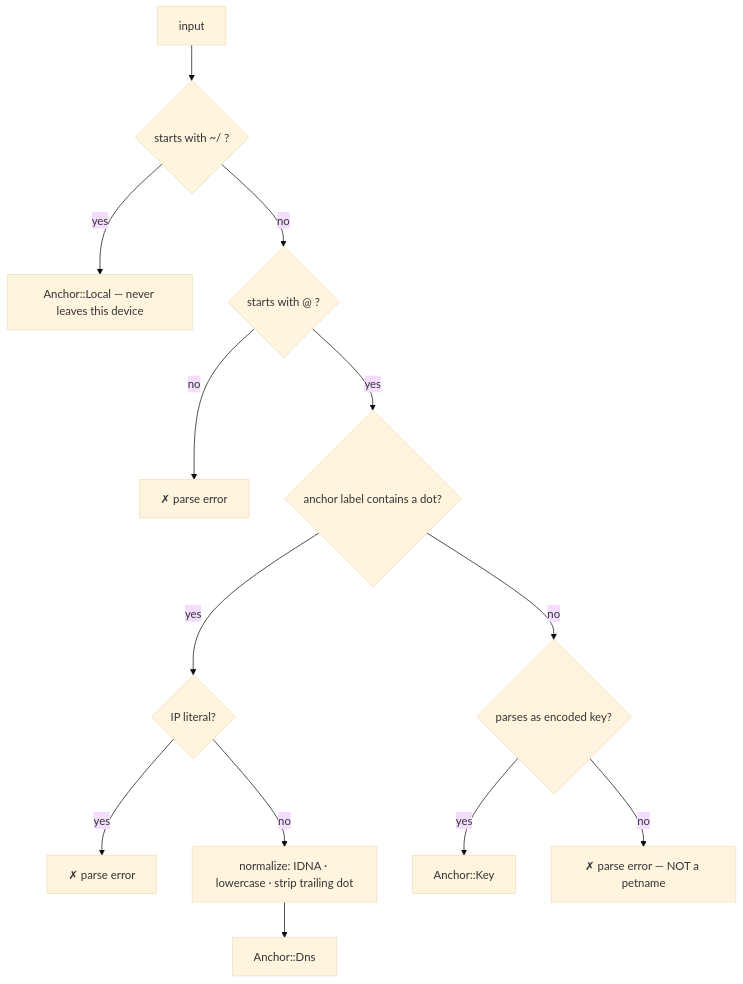
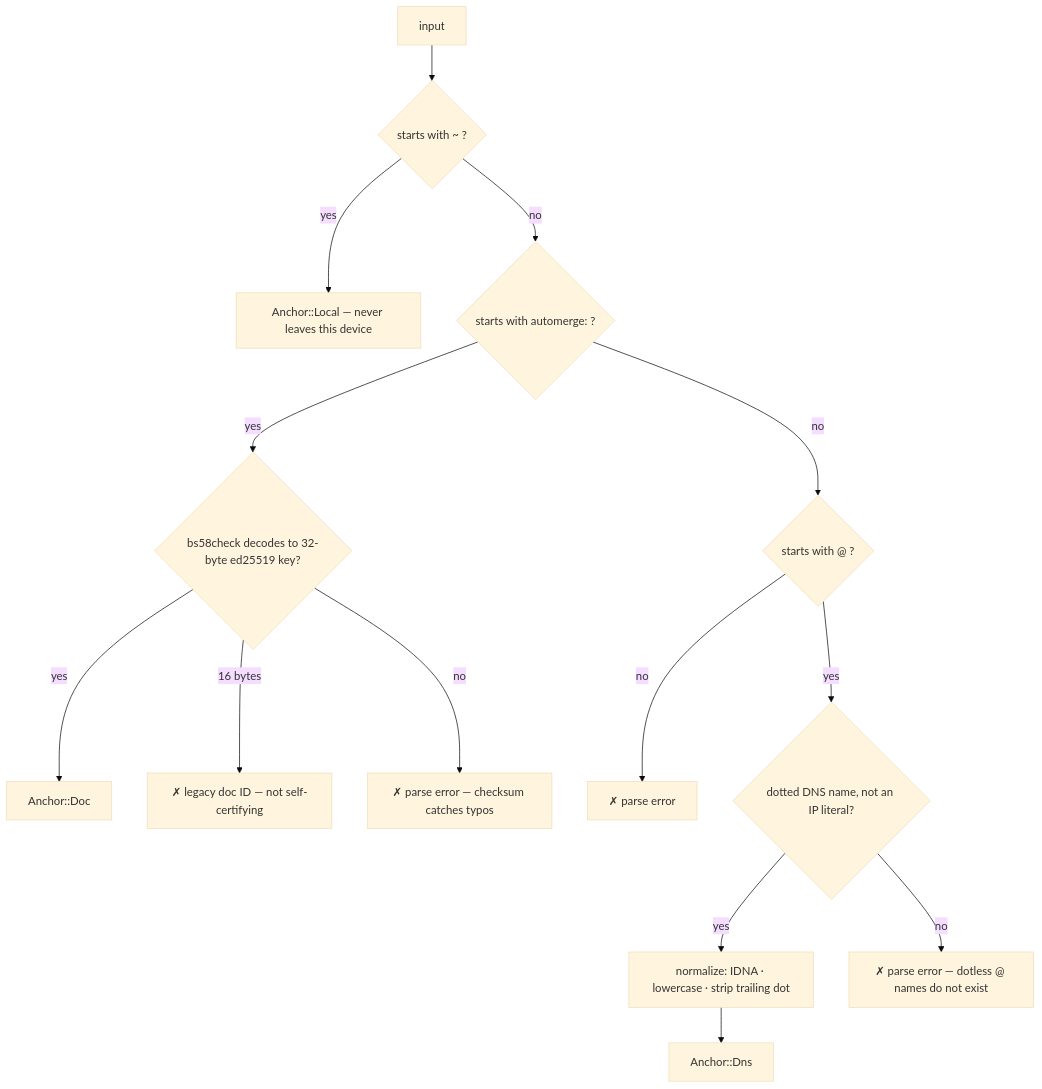
The diagram in design/names.md (inkandswitch/onomancy), drawn with Mermaid (base theme) before and after one commit. The commit also changed other lines of this file and 42 other files, not shown here.

````diff
--- a/design/names.md
+++ b/design/names.md
@@ -28,15 +36,16 @@
 ```mermaid
 flowchart TD
-    A[input] --> B{starts with ~/ ?}
+    A[input] --> B{starts with ~ ?}
     B -->|yes| C[Anchor::Local — never leaves this device]
-    B -->|no| D{starts with @ ?}
-    D -->|no| X1[✗ parse error]
-    D -->|yes| E{anchor label contains a dot?}
-    E -->|yes| F{IP literal?}
-    F -->|yes| X2[✗ parse error]
-    F -->|no| G[normalize: IDNA · lowercase · strip trailing dot]
-    G --> H[Anchor::Dns]
-    E -->|no| I{parses as encoded key?}
-    I -->|yes| J[Anchor::Key]
-    I -->|no| X3[✗ parse error — NOT a petname]
+    B -->|no| D{starts with automerge: ?}
+    D -->|yes| E{bs58check decodes to 32-byte ed25519 key?}
+    E -->|yes| F[Anchor::Doc]
+    E -->|16 bytes| X0[✗ legacy doc ID — not self-certifying]
+    E -->|no| X1[✗ parse error — checksum catches typos]
+    D -->|no| G{starts with @ ?}
+    G -->|no| X2[✗ parse error]
+    G -->|yes| H{dotted DNS name, not an IP literal?}
+    H -->|yes| I[normalize: IDNA · lowercase · strip trailing dot]
+    I --> J[Anchor::Dns]
+    H -->|no| X3[✗ parse error — dotless @ names do not exist]
 ```
````
